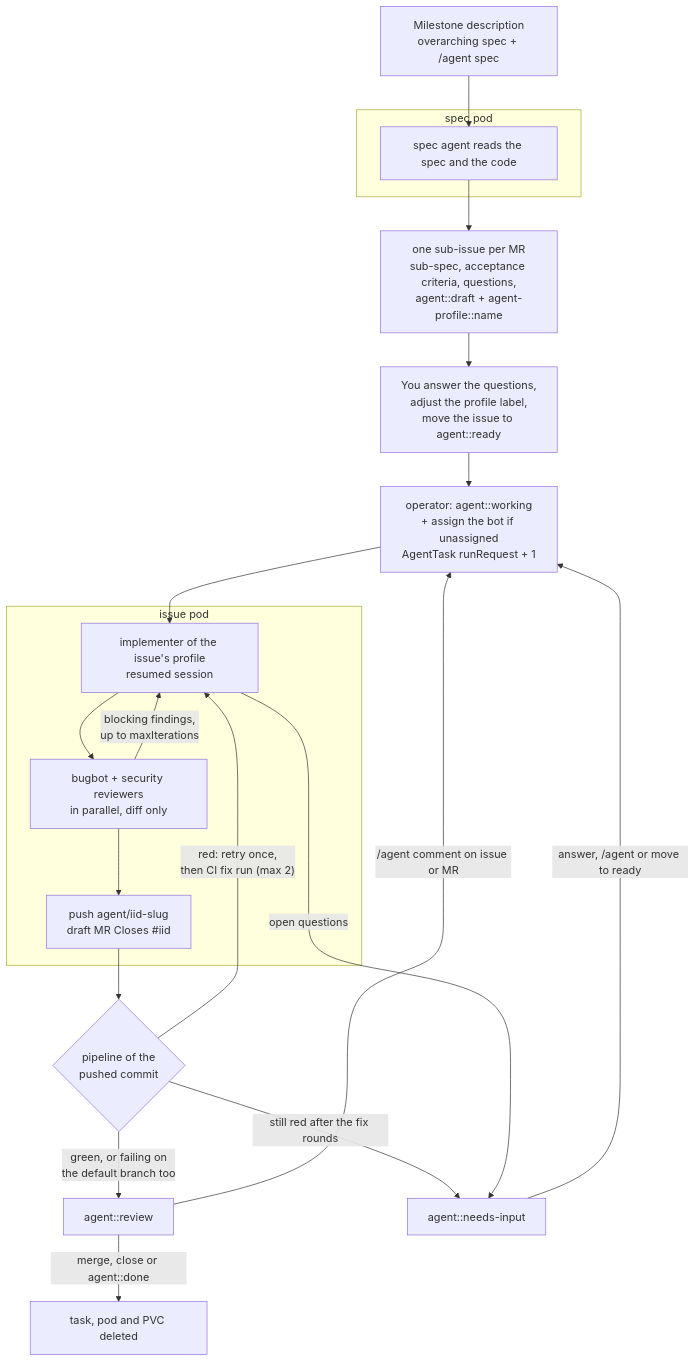
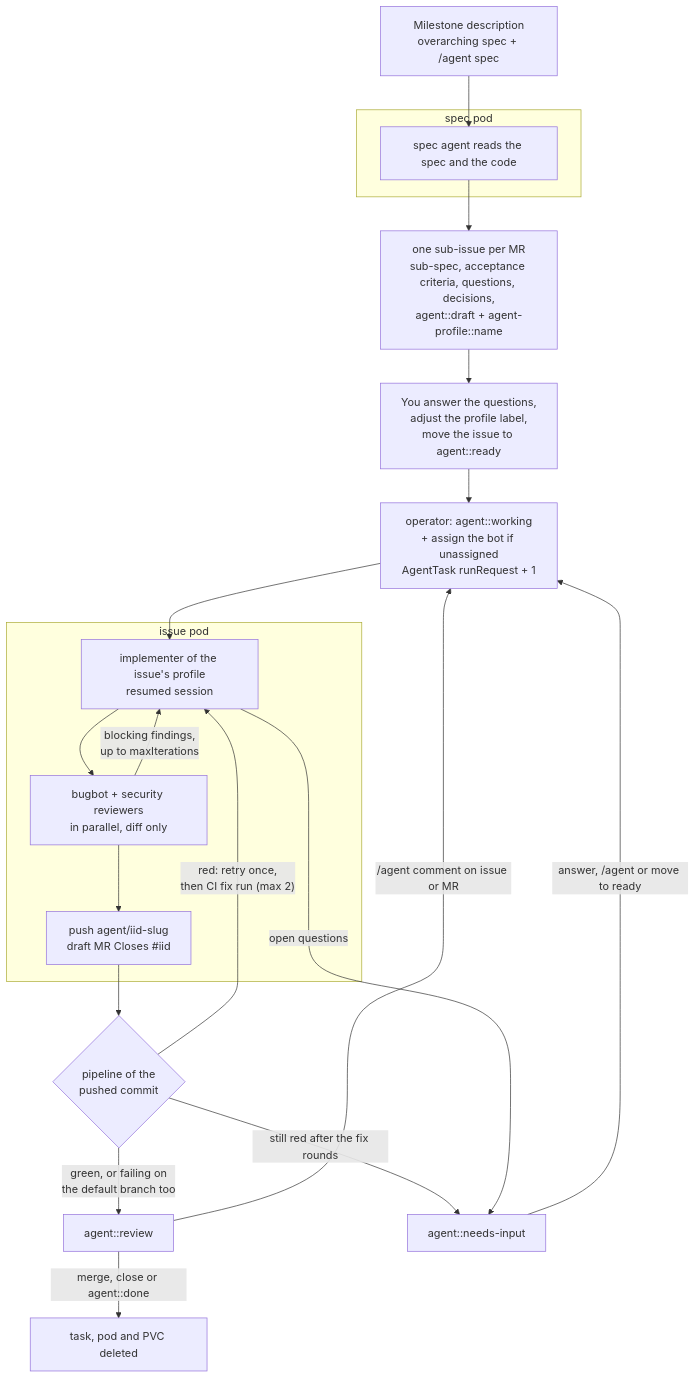
The second of 6 diagrams in docs/design.md (jonathanwiemers/ai-operator), drawn with Mermaid before and after one commit. The commit also changed other lines of this file and 12 other files, not shown here.

````diff
--- a/docs/design.md
+++ b/docs/design.md
@@ -61,30 +61,30 @@
 ```mermaid
 flowchart TD
     M["Milestone description<br/>overarching spec + /agent spec"] --> SP
 
     subgraph SPEC["spec pod"]
         SP["spec agent reads the spec and the code"]
     end
-    SP --> SUB["one sub-issue per MR<br/>sub-spec, acceptance criteria, questions,<br/>agent::draft + agent-profile::name"]
+    SP --> SUB["one sub-issue per MR<br/>sub-spec, acceptance criteria, questions, decisions,<br/>agent::draft + agent-profile::name"]
 
     SUB --> H["You answer the questions,<br/>adjust the profile label,<br/>move the issue to agent::ready"]
     H --> REQ["operator: agent::working<br/>+ assign the bot if unassigned<br/>AgentTask runRequest + 1"]
 
     subgraph IMPL["issue pod"]
         IM["implementer of the issue's profile<br/>resumed session"]
         IM --> RV["bugbot + security reviewers<br/>in parallel, diff only"]
         RV -->|"blocking findings,<br/>up to maxIterations"| IM
         RV --> PUSH["push agent/iid-slug<br/>draft MR Closes #iid"]
     end
 
     REQ --> IM
     PUSH --> CI{"pipeline of the<br/>pushed commit"}
     CI -->|"red: retry once,<br/>then CI fix run (max 2)"| IM
     CI -->|"green, or failing on<br/>the default branch too"| REV["agent::review"]
     CI -->|"still red after the fix rounds"| NI["agent::needs-input"]
     IM -->|"open questions"| NI
 
     REV -->|"/agent comment on issue or MR"| REQ
     NI -->|"answer, /agent or move to ready"| REQ
     REV -->|"merge, close or agent::done"| DONE["task, pod and PVC deleted"]
 ```
````
